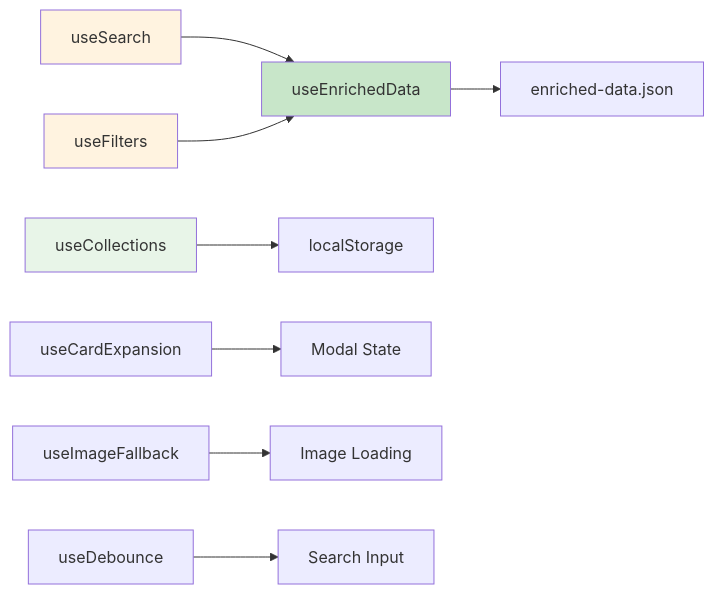
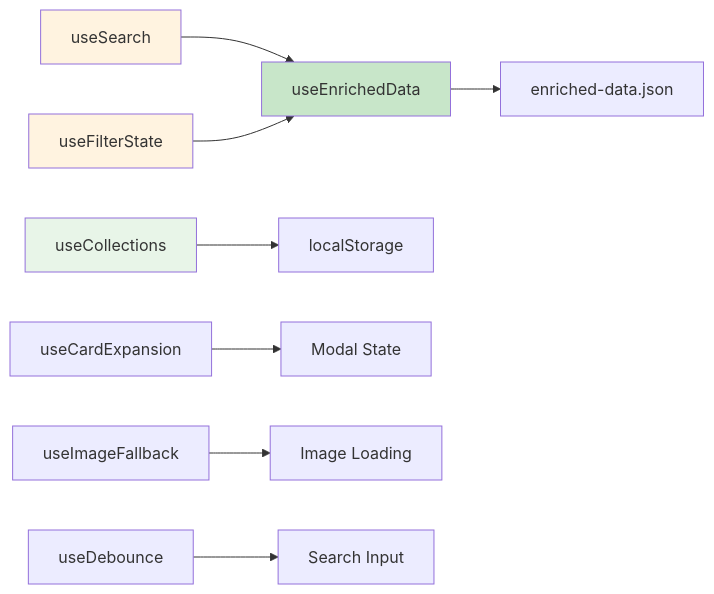
One commit to AustroMelee/Austros-ATLA-World changed the sixth of 11 diagrams in docs/data flow.md. Above: the diagram before and after it, drawn with Mermaid. The commit also changed other lines of this file and 18 other files, not shown here.

````diff
--- a/docs/data flow.md
+++ b/docs/data flow.md
@@ -144,16 +147,16 @@
 ```mermaid
 graph LR
     A[useEnrichedData] --> B[enriched-data.json]
     C[useSearch] --> A
-    D[useFilters] --> A
+    D[useFilterState] --> A
     E[useCollections] --> F[localStorage]
     
     G[useCardExpansion] --> H[Modal State]
     I[useImageFallback] --> J[Image Loading]
     K[useDebounce] --> L[Search Input]
     
     style A fill:#c8e6c9
     style C fill:#fff3e0
     style D fill:#fff3e0
     style E fill:#e8f5e8
 ```
````
